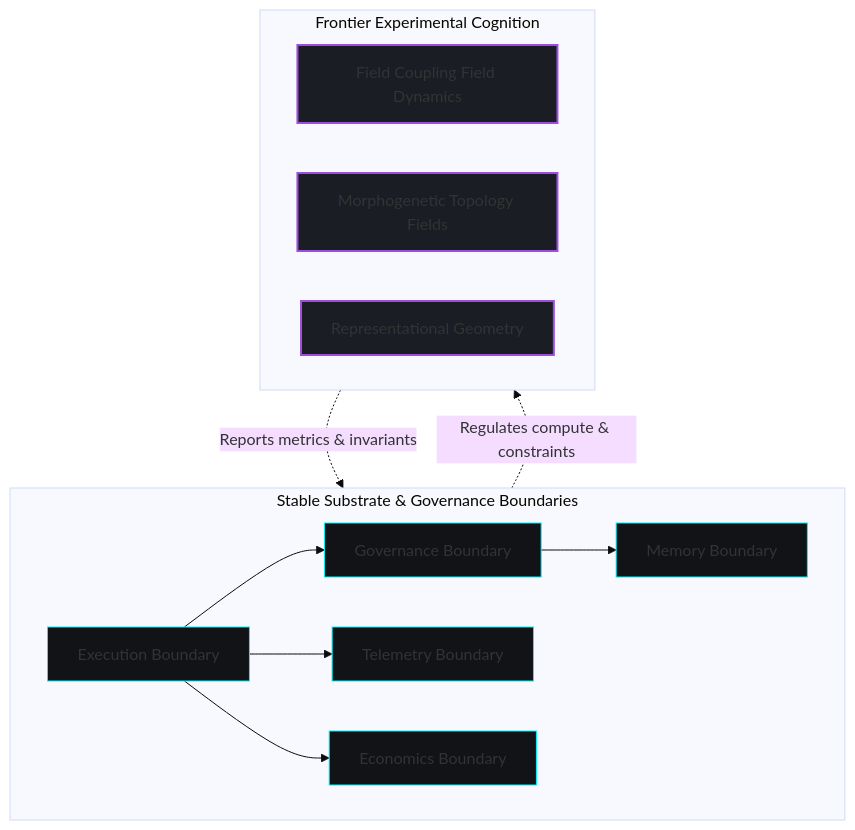
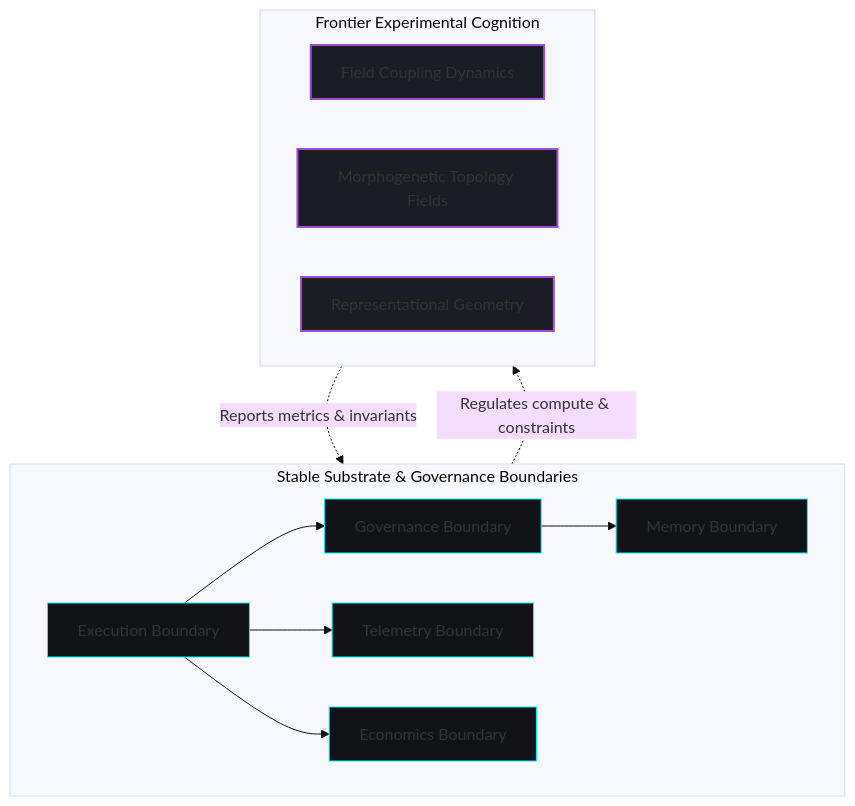
Before and after one commit to rk-roshan-kr/Earthos-public: the diagram in docs/architecture.md, drawn with Mermaid (base theme). The commit also changed other lines of this file and 6 other files, not shown here.

Commit message:
redact: remove equations, code, thresholds, invariants, file names, and internal architecture details from public docs

````diff
--- a/docs/architecture.md
+++ b/docs/architecture.md
@@ -11,27 +11,27 @@
 ```mermaid
 graph TD
     subgraph Stable_Substrate [Stable Substrate & Governance Boundaries]
         Execution[Execution Boundary] --> Governance[Governance Boundary]
         Execution --> Telemetry[Telemetry Boundary]
         Execution --> Economics[Economics Boundary]
         Governance --> Memory[Memory Boundary]
     end
     
     subgraph Experimental_Cognition [Frontier Experimental Cognition]
-        FCFT[Field Coupling Field Dynamics]
+        FCFT[Field Coupling Dynamics]
         Morpho[Morphogenetic Topology Fields]
         Geometry[Representational Geometry]
     end
     
     Stable_Substrate -.->|Regulates compute & constraints| Experimental_Cognition
     Experimental_Cognition -.->|Reports metrics & invariants| Stable_Substrate
 
     style Execution fill:#111317,stroke:#00f2fe,stroke-width:1px;
     style Governance fill:#111317,stroke:#00f2fe,stroke-width:1px;
     style Telemetry fill:#111317,stroke:#00f2fe,stroke-width:1px;
     style Economics fill:#111317,stroke:#00f2fe,stroke-width:1px;
     style Memory fill:#111317,stroke:#00f2fe,stroke-width:1px;
     style FCFT fill:#1a1d24,stroke:#9d4edd,stroke-width:2px;
     style Morpho fill:#1a1d24,stroke:#9d4edd,stroke-width:2px;
     style Geometry fill:#1a1d24,stroke:#9d4edd,stroke-width:2px;
 ```
````
